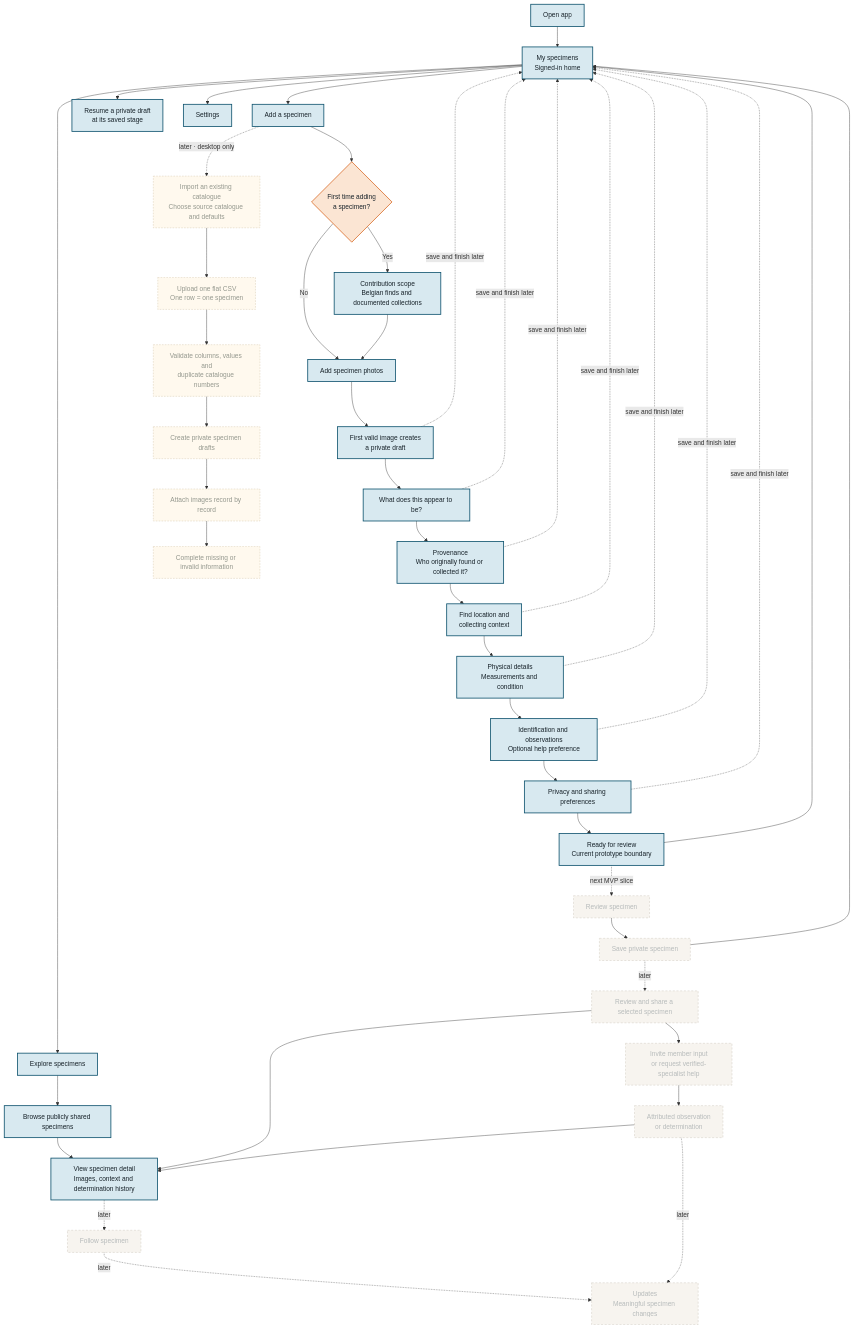
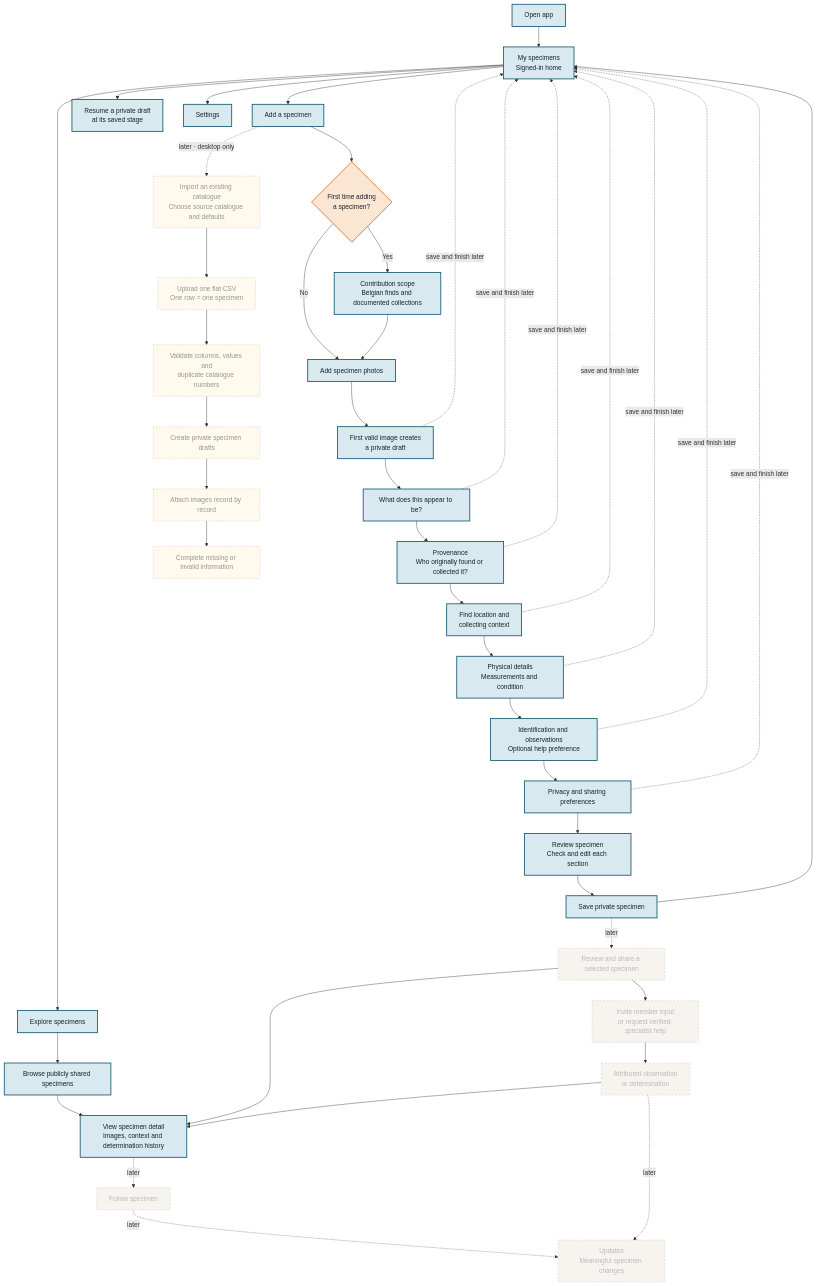
The diagram in docs/prototype-flow.md (HelEvX/belgian-finds-prototype), drawn with Mermaid before and after one commit. The commit also changed other lines of this file and 10 other files, not shown here.

Commit message:
feat: add specimen review and private save flow

````diff
--- a/docs/prototype-flow.md
+++ b/docs/prototype-flow.md
@@ -37,9 +37,11 @@
     MEASURE --> DESCRIPTION["Identification and observations
 Optional help preference"]
     DESCRIPTION --> PRIVACY["Privacy and sharing preferences"]
-    PRIVACY --> READY["Ready for review
-Current prototype boundary"]
-    READY --> HOME
+    PRIVACY --> REVIEW["Review specimen
+Check and edit each section"]
+    REVIEW --> SAVE["Save private specimen"]
+    SAVE --> HOME
+
 
     %% Save and resume
     FIRST_IMAGE -. "save and finish later" .-> HOME
@@ -49,11 +51,6 @@
     MEASURE -. "save and finish later" .-> HOME
     DESCRIPTION -. "save and finish later" .-> HOME
     PRIVACY -. "save and finish later" .-> HOME
-
-    %% Next intended product slice
-    READY -. "next MVP slice" .-> REVIEW["Review specimen"]
-    REVIEW --> SAVE["Save private specimen"]
-    SAVE --> HOME
 
     %% Future sharing and human collaboration
     SAVE -. "later" .-> SHARE["Review and share a selected specimen"]
@@ -86,8 +83,9 @@
     classDef planned fill:#f3efe7,stroke:#a99c8c,color:#5a6870,stroke-width:1px,stroke-dasharray:5 4,opacity:0.64;
     classDef future fill:#fff8e9,stroke:#c4ad89,color:#465148,stroke-width:1px,stroke-dasharray:4 3,opacity:0.76;
 
-    class OPEN,HOME,ADD,RESUME,EXPLORE,BROWSE,DETAIL,SETTINGS,SCOPE,PHOTOS,FIRST_IMAGE,TYPE,PROVENANCE,CONTEXT,MEASURE,DESCRIPTION,PRIVACY,READY implemented;
+    class OPEN,HOME,ADD,RESUME,EXPLORE,BROWSE,DETAIL,SETTINGS,SCOPE,PHOTOS,FIRST_IMAGE,TYPE,PROVENANCE,CONTEXT,MEASURE,DESCRIPTION,PRIVACY,REVIEW,SAVE implemented;
     class FIRST_TIME decision;
-    class REVIEW,SAVE,SHARE,REQUEST,RESPONSE,FOLLOW,UPDATES planned;
+    class SHARE,REQUEST,RESPONSE,FOLLOW,UPDATES planned;
+
     class CSV_SETUP,CSV_UPLOAD,CSV_VALIDATE,CSV_DRAFTS,IMAGE_MATCH,REVISION_QUEUE future;
 ```
````
